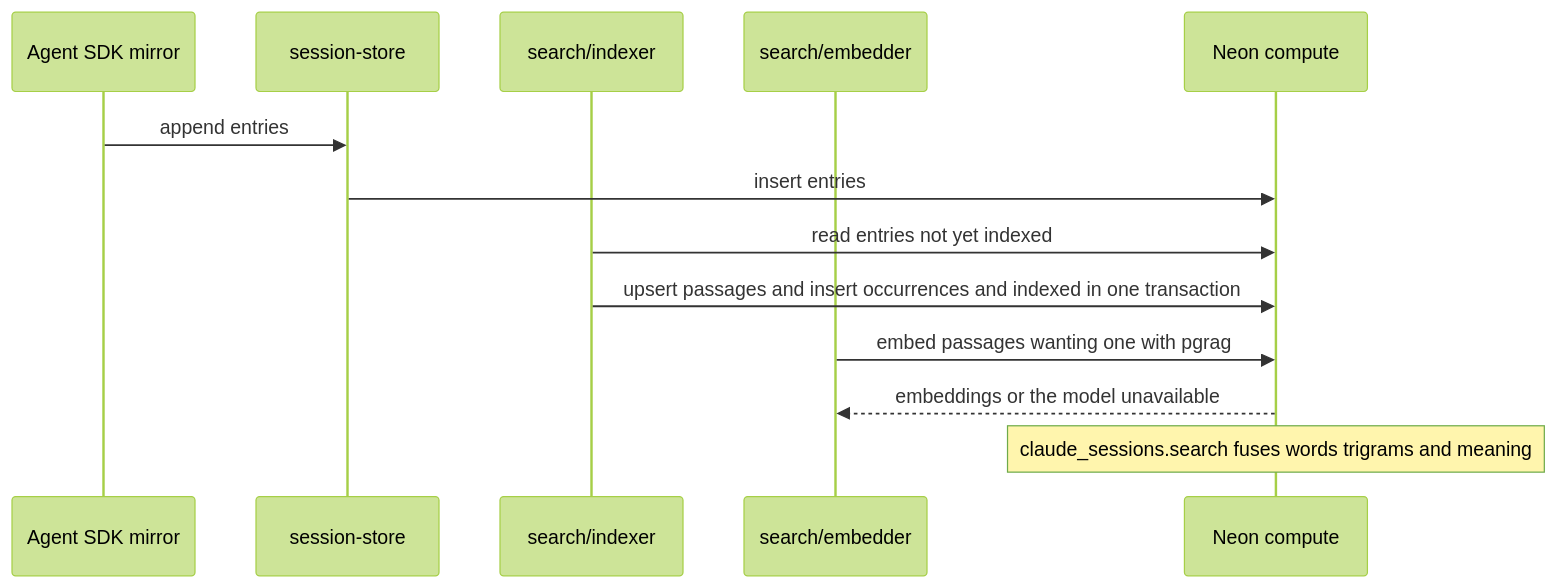
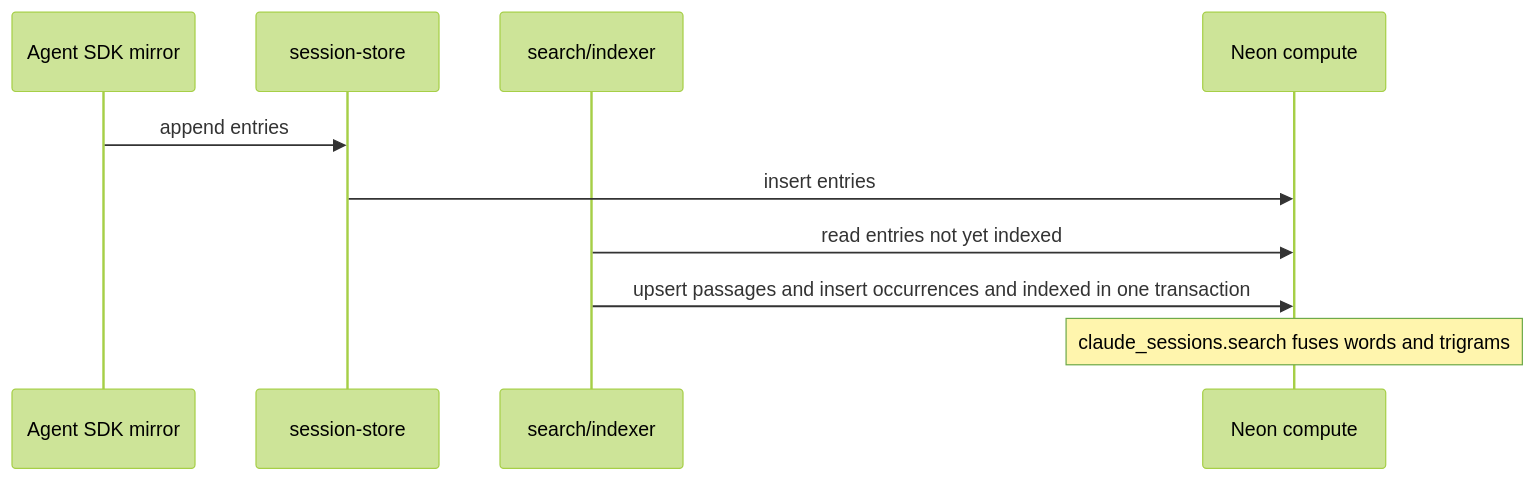
One commit to eaucoin/alasio changed the second of 3 diagrams in src/harness/claude/search/README.md. Above: the diagram before and after it, drawn with Mermaid (forest theme). The commit also changed other lines of this file and 21 other files, not shown here.

First line of the commit message:
Search transcripts by words and trigrams alone

````diff
--- a/src/harness/claude/search/README.md
+++ b/src/harness/claude/search/README.md
@@ -35,15 +31,12 @@
 ```mermaid
 sequenceDiagram
   participant SDK as Agent SDK mirror
   participant Store as session-store
   participant Indexer as search/indexer
-  participant Embedder as search/embedder
   participant Neon as Neon compute
   SDK->>Store: append entries
   Store->>Neon: insert entries
   Indexer->>Neon: read entries not yet indexed
   Indexer->>Neon: upsert passages and insert occurrences and indexed in one transaction
-  Embedder->>Neon: embed passages wanting one with pgrag
-  Neon-->>Embedder: embeddings or the model unavailable
-  Note over Neon: claude_sessions.search fuses words trigrams and meaning
+  Note over Neon: claude_sessions.search fuses words and trigrams
 ```
````
